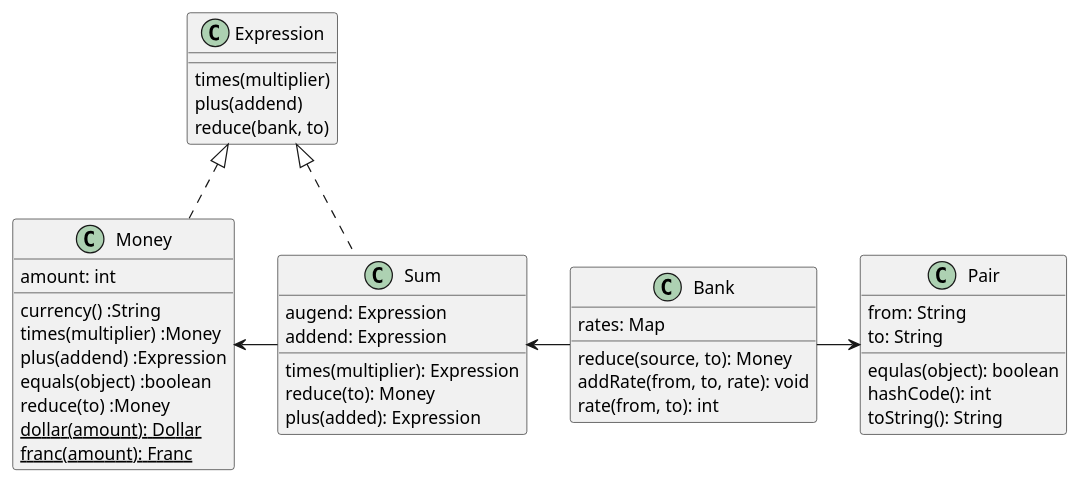
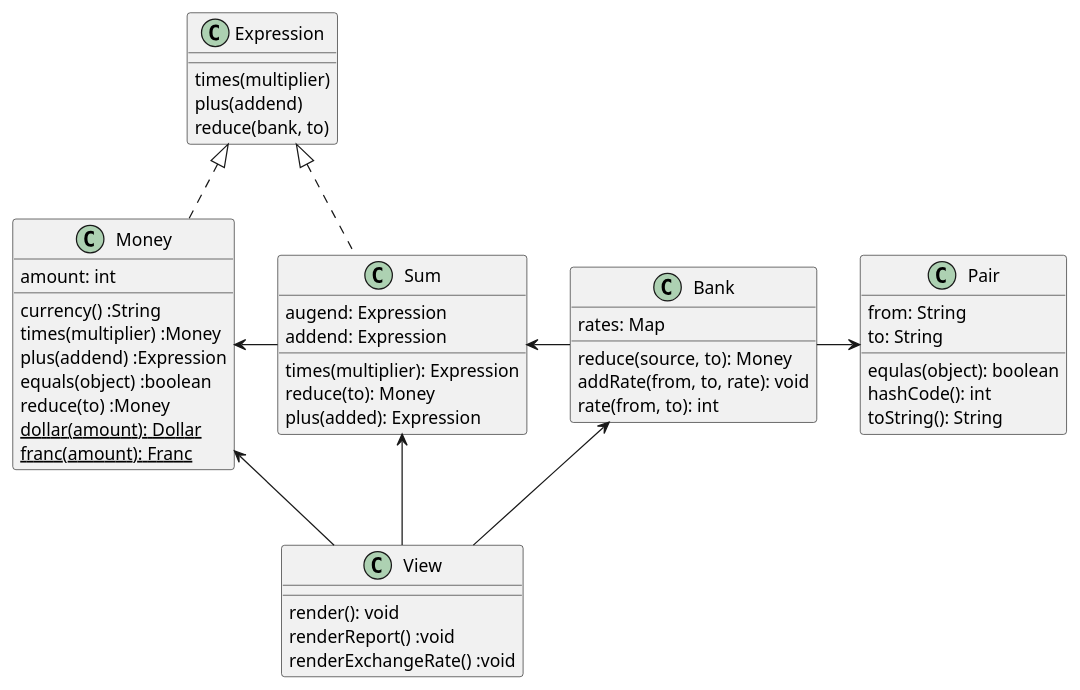
One commit to hiroshima-arc/pragmatic_programing changed the diagram in docs/src/spec/the_money_example.adoc. Above: the diagram before and after it, drawn with PlantUML. The commit also changed 3 other files, not shown here.

Commit message:
docs: クラス図更新

```diff
--- a/docs/src/spec/the_money_example.adoc
+++ b/docs/src/spec/the_money_example.adoc
@@ -60,43 +60,51 @@
 [plantuml]
 ----
 class Expression {
   times(multiplier)
   plus(addend)
   reduce(bank, to)
 }
 class Sum {
   augend: Expression
   addend: Expression
   times(multiplier): Expression
   reduce(to): Money
   plus(added): Expression
 }
 class Bank {
   rates: Map
   reduce(source, to): Money
   addRate(from, to, rate): void
   rate(from, to): int
 }
 class Pair {
   from: String
   to: String
   equlas(object): boolean
   hashCode(): int
   toString(): String
 }
 class Money {
   amount: int
   currency() :String
   times(multiplier) :Money
   plus(addend) :Expression
   equals(object) :boolean
   reduce(to) :Money
   {static} dollar(amount): Dollar
   {static} franc(amount): Franc
 }
+class View {
+  render(): void
+  renderReport() :void
+  renderExchangeRate() :void
+}
 Expression <|.. Money
 Expression <|.. Sum
 Money <- Sum
 Sum <- Bank
 Bank -> Pair
+Sum <-- View
+Money <-- View
+Bank <-- View
 ----
```
